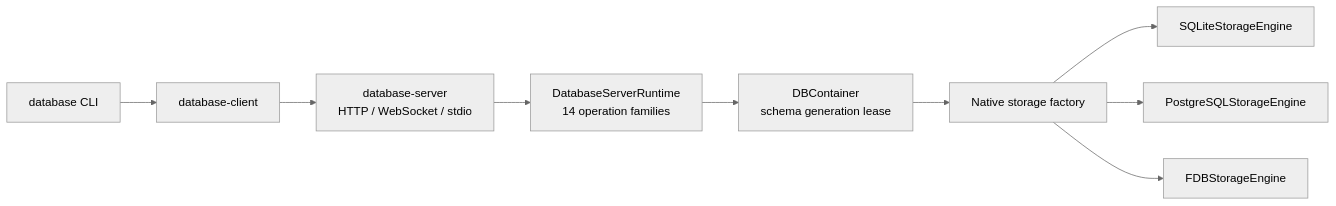
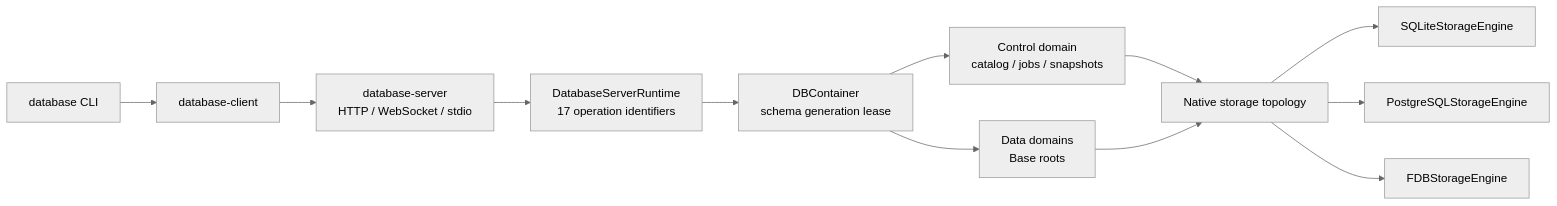
Before and after one commit to 1amageek/database-server: the diagram in README.md, drawn with Mermaid (neutral theme). The commit also changed other lines of this file and 14 other files, not shown here.

Commit message:
Add multi-domain server storage topology

````diff
--- a/README.md
+++ b/README.md
@@ -9,11 +9,14 @@
 ```mermaid
 flowchart LR
     CLI["database CLI"] --> Client["database-client"]
     Client --> Host["database-server<br/>HTTP / WebSocket / stdio"]
-    Host --> Runtime["DatabaseServerRuntime<br/>14 operation families"]
+    Host --> Runtime["DatabaseServerRuntime<br/>17 operation identifiers"]
     Runtime --> Container["DBContainer<br/>schema generation lease"]
-    Container --> Factory["Native storage factory"]
+    Container --> Control["Control domain<br/>catalog / jobs / snapshots"]
+    Container --> Data["Data domains<br/>Base roots"]
+    Control --> Factory["Native storage topology"]
+    Data --> Factory
     Factory --> SQLite["SQLiteStorageEngine"]
     Factory --> PostgreSQL["PostgreSQLStorageEngine"]
     Factory --> FDB["FDBStorageEngine"]
 ```
````
